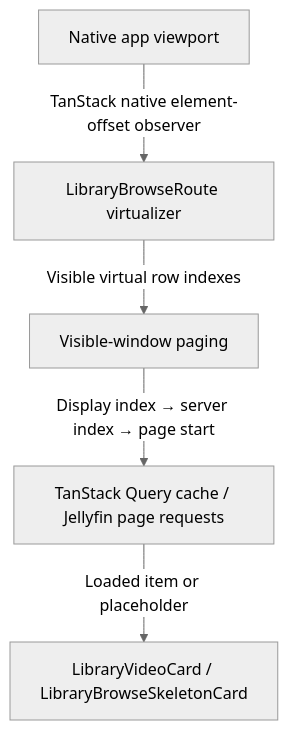
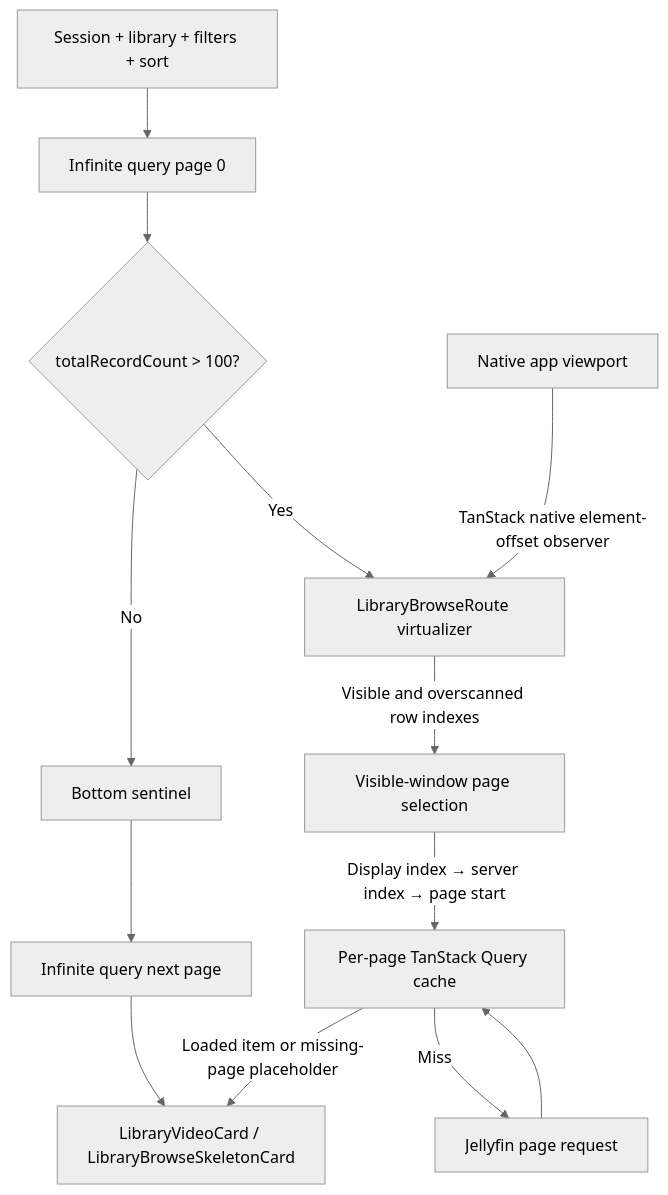
One commit to hewel/jellypilot changed the diagram in docs/library-virtual-scroll.md. Above: the diagram before and after it, drawn with Mermaid (neutral theme). The commit also changed other lines of this file and 4 other files, not shown here.

Commit message:
fix(library): prefetch reverse virtual pages correctly

````diff
--- a/docs/library-virtual-scroll.md
+++ b/docs/library-virtual-scroll.md
@@ -27,13 +37,27 @@
 ```mermaid
 flowchart TD
+  identity["Session + library + filters + sort"]
+  bootstrap["Infinite query page 0"]
+  mode{"totalRecordCount > 100?"}
+  sentinel["Bottom sentinel"]
+  sequential["Infinite query next page"]
   viewport["Native app viewport"]
   virtualizer["LibraryBrowseRoute virtualizer"]
-  paging["Visible-window paging"]
-  data["TanStack Query cache / Jellyfin page requests"]
+  paging["Visible-window page selection"]
+  cache["Per-page TanStack Query cache"]
+  network["Jellyfin page request"]
   cards["LibraryVideoCard / LibraryBrowseSkeletonCard"]
 
+  identity --> bootstrap
+  bootstrap --> mode
+  mode -->|"No"| sentinel
+  sentinel --> sequential
+  sequential --> cards
+  mode -->|"Yes"| virtualizer
   viewport -->|"TanStack native element-offset observer"| virtualizer
-  virtualizer -->|"Visible virtual row indexes"| paging
-  paging -->|"Display index → server index → page start"| data
-  data -->|"Loaded item or placeholder"| cards
+  virtualizer -->|"Visible and overscanned row indexes"| paging
+  paging -->|"Display index → server index → page start"| cache
+  cache -->|"Miss"| network
+  network --> cache
+  cache -->|"Loaded item or missing-page placeholder"| cards
 ```
````
